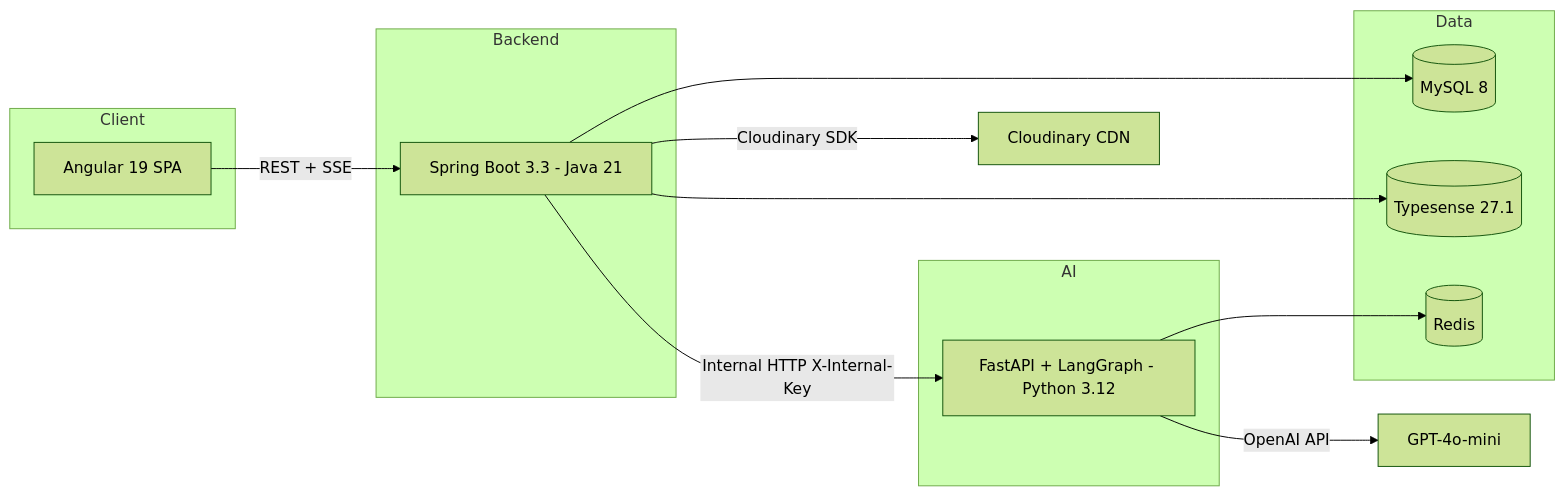
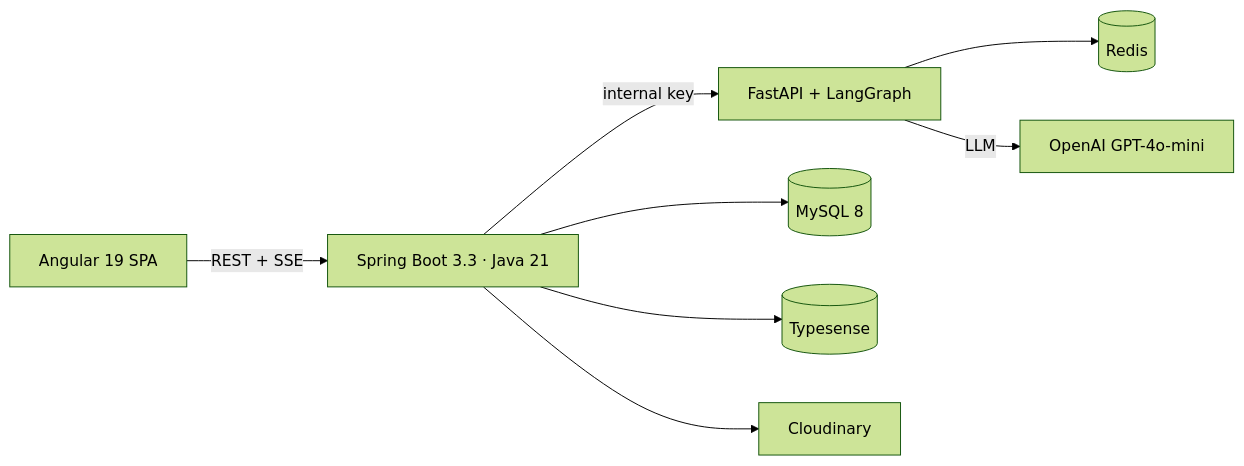
One commit to tahircan2/ShopAI changed the diagram in README.md. Above: the diagram before and after it, drawn with Mermaid (forest theme). The commit also changed other lines of this file and 22 other files, not shown here.

````diff
--- a/README.md
+++ b/README.md
@@ -65,25 +40,10 @@
 ```mermaid
 graph LR
-    subgraph Client
-        A["Angular 19 SPA"]
-    end
-    subgraph Backend
-        B["Spring Boot 3.3 - Java 21"]
-    end
-    subgraph AI
-        C["FastAPI + LangGraph - Python 3.12"]
-    end
-    subgraph Data
-        D[(MySQL 8)]
-        E[(Typesense 27.1)]
-        F[(Redis)]
-    end
-
-    A -->|REST + SSE| B
-    B -->|Internal HTTP X-Internal-Key| C
-    B --> D
-    B --> E
-    C --> F
-    C -->|OpenAI API| G["GPT-4o-mini"]
-    B -->|Cloudinary SDK| H["Cloudinary CDN"]
+    A["Angular 19 SPA"] -->|REST + SSE| B["Spring Boot 3.3 · Java 21"]
+    B -->|internal key| C["FastAPI + LangGraph"]
+    B --> D[(MySQL 8)]
+    B --> E[(Typesense)]
+    C --> F[(Redis)]
+    C -->|LLM| G["OpenAI GPT-4o-mini"]
+    B --> H["Cloudinary"]
 ```
````
